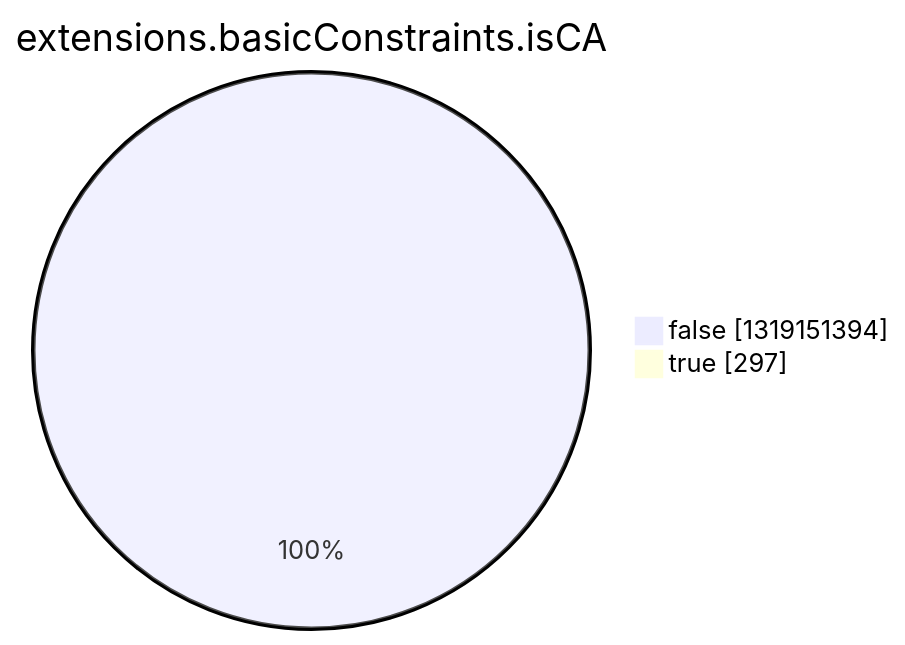
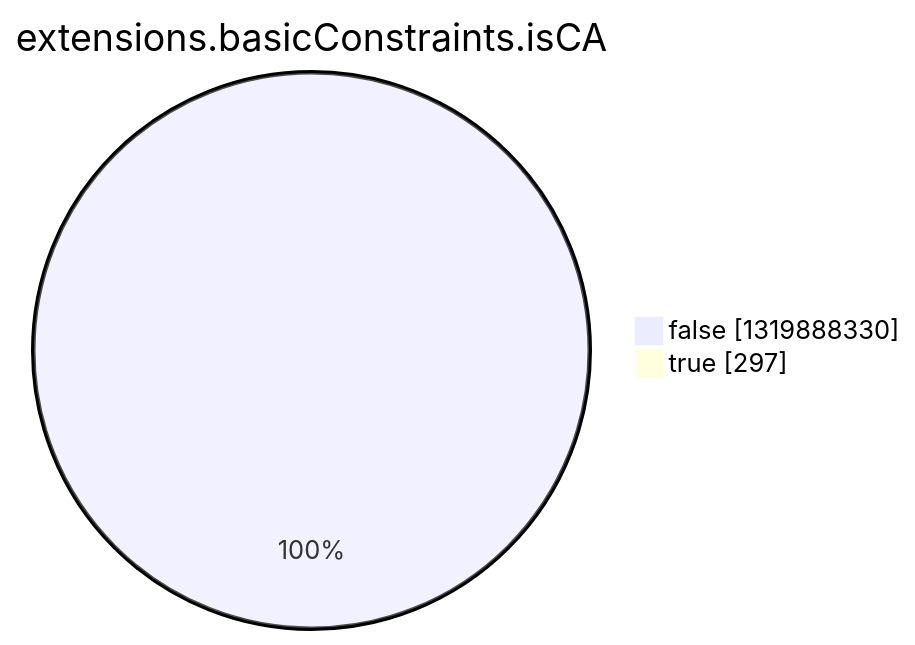
Before and after one commit to christiankrug/ctmonitor_visualization: the eighth of 15 diagrams in argon2022/README.md, drawn with Mermaid. The commit also changed other lines of this file, not shown here.

````diff
--- a/argon2022/README.md
+++ b/argon2022/README.md
@@ -2758,6 +2758,6 @@
 ```mermaid
 pie showData
 title extensions.basicConstraints.isCA
-"false" :1319151394
+"false" :1319888330
 "true" :297
 ```
````
